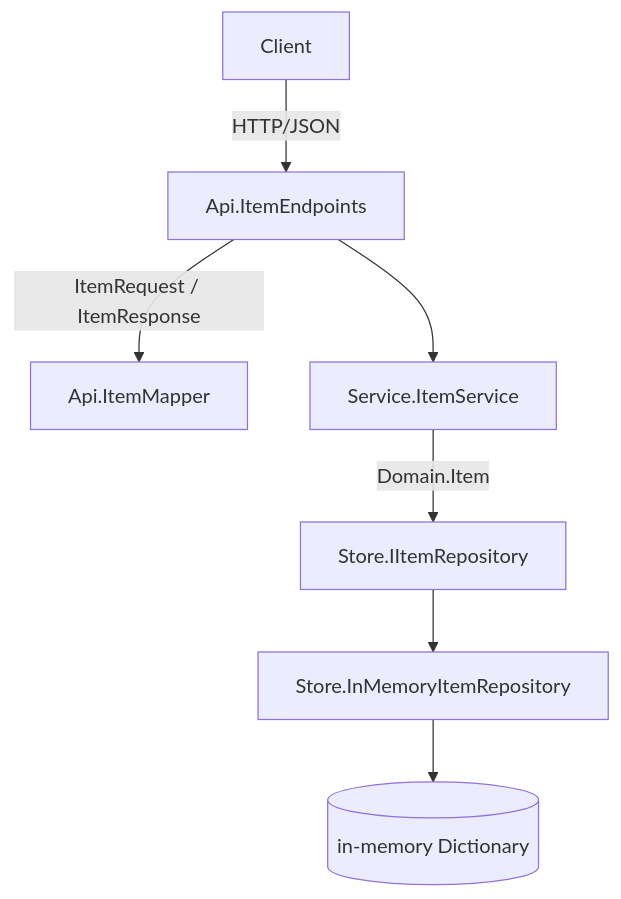
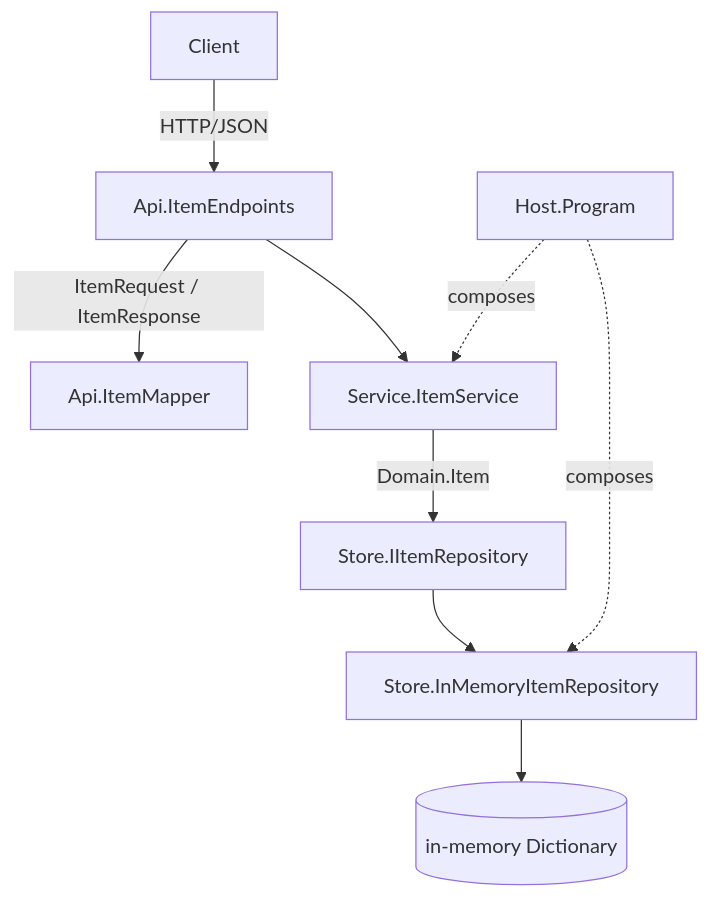
Before and after one commit to simpsonm09-org/simpsonm09-fixture-dotnet: the diagram in docs/architecture.md, drawn with Mermaid. The commit also changed other lines of this file and 11 other files, not shown here.

````diff
--- a/docs/architecture.md
+++ b/docs/architecture.md
@@ -8,9 +8,11 @@
 ```mermaid
 flowchart TD
     Client -->|HTTP/JSON| Endpoints[Api.ItemEndpoints]
     Endpoints -->|ItemRequest / ItemResponse| Mapper[Api.ItemMapper]
     Endpoints --> Service[Service.ItemService]
     Service -->|Domain.Item| Port[Store.IItemRepository]
     Port --> Adapter[Store.InMemoryItemRepository]
     Adapter --> Map[(in-memory Dictionary)]
+    Host[Host.Program] -.composes.-> Service
+    Host -.composes.-> Adapter
 ```
````
